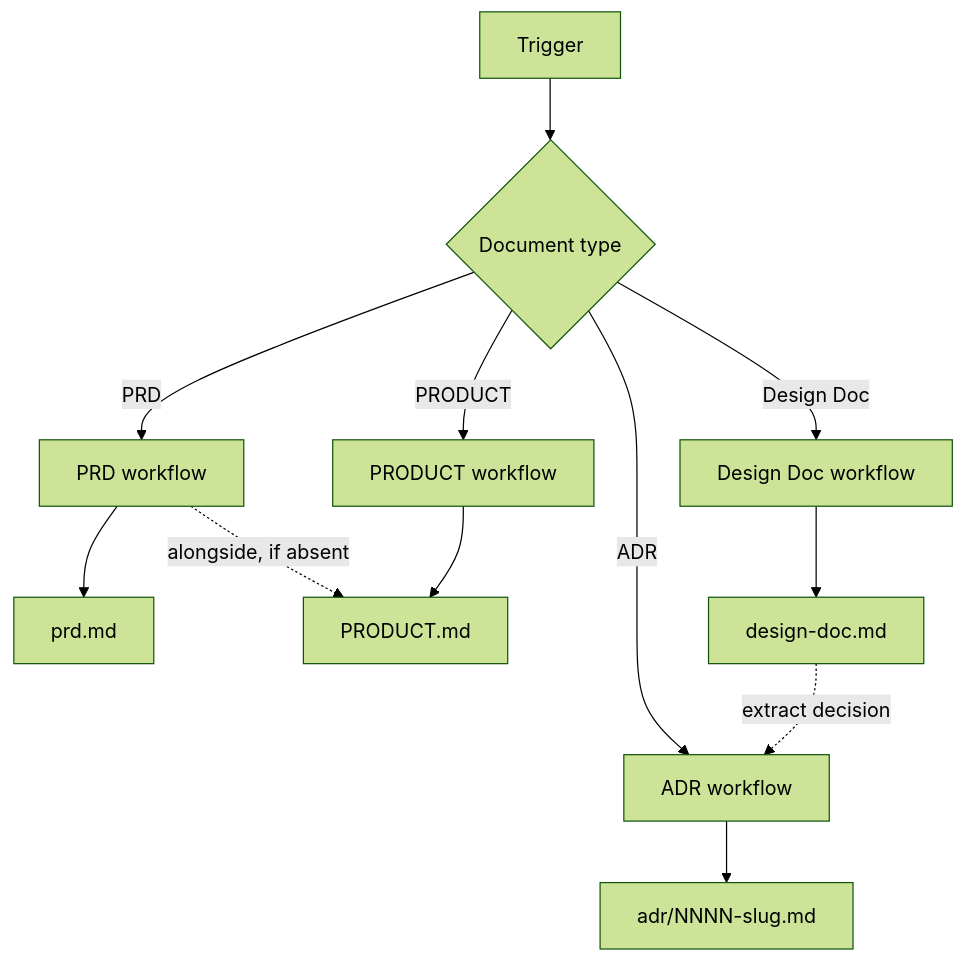
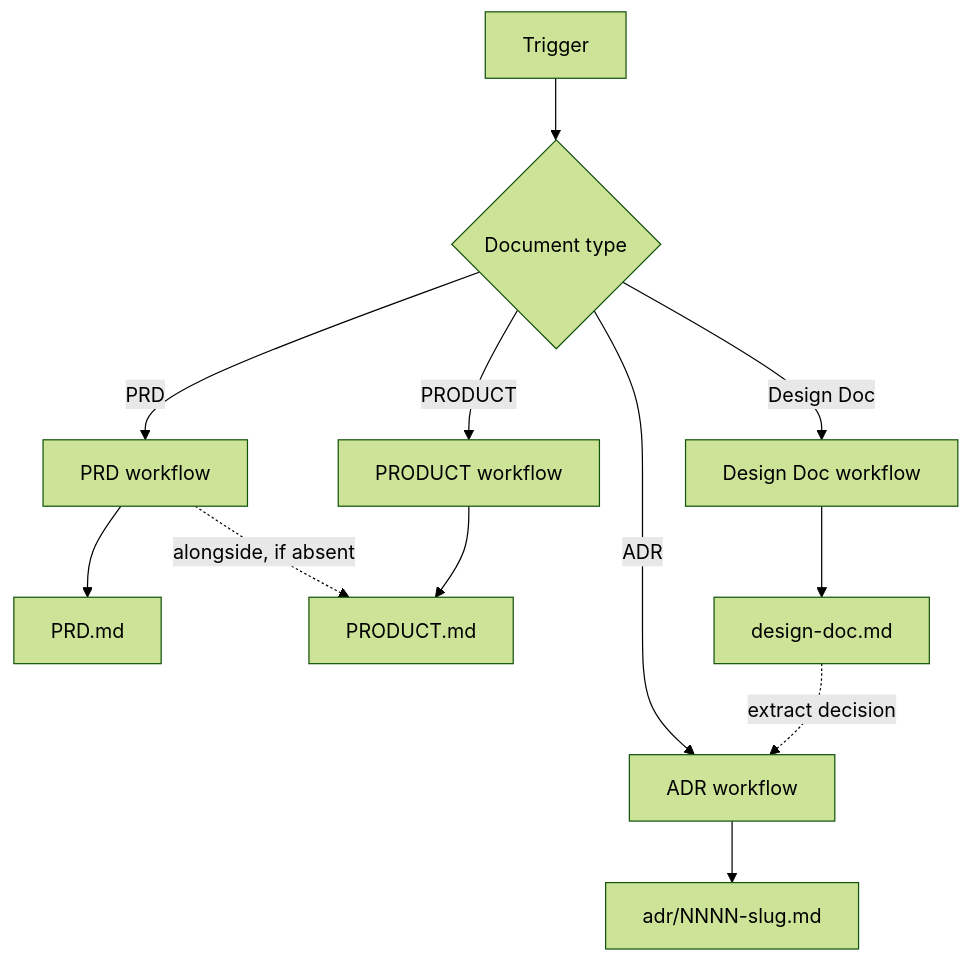
The diagram in skills/product/docs-writer/README.md (adeonir/agent-skills), drawn with Mermaid (forest theme) before and after one commit. The commit also changed other lines of this file and 9 other files, not shown here.

````diff
--- a/skills/product/docs-writer/README.md
+++ b/skills/product/docs-writer/README.md
@@ -10,14 +10,14 @@
 ```mermaid
 flowchart TD
     T[Trigger] --> R{Document type}
     R -->|PRD| PRD[PRD workflow]
     R -->|PRODUCT| PMW[PRODUCT workflow]
     R -->|Design Doc| DD[Design Doc workflow]
     R -->|ADR| ADR[ADR workflow]
-    PRD --> P[prd.md]
+    PRD --> P[PRD.md]
     PRD -.->|alongside, if absent| PM[PRODUCT.md]
     PMW --> PM
     DD --> D[design-doc.md]
     ADR --> A[adr/NNNN-slug.md]
     D -.->|extract decision| ADR
 ```
````
